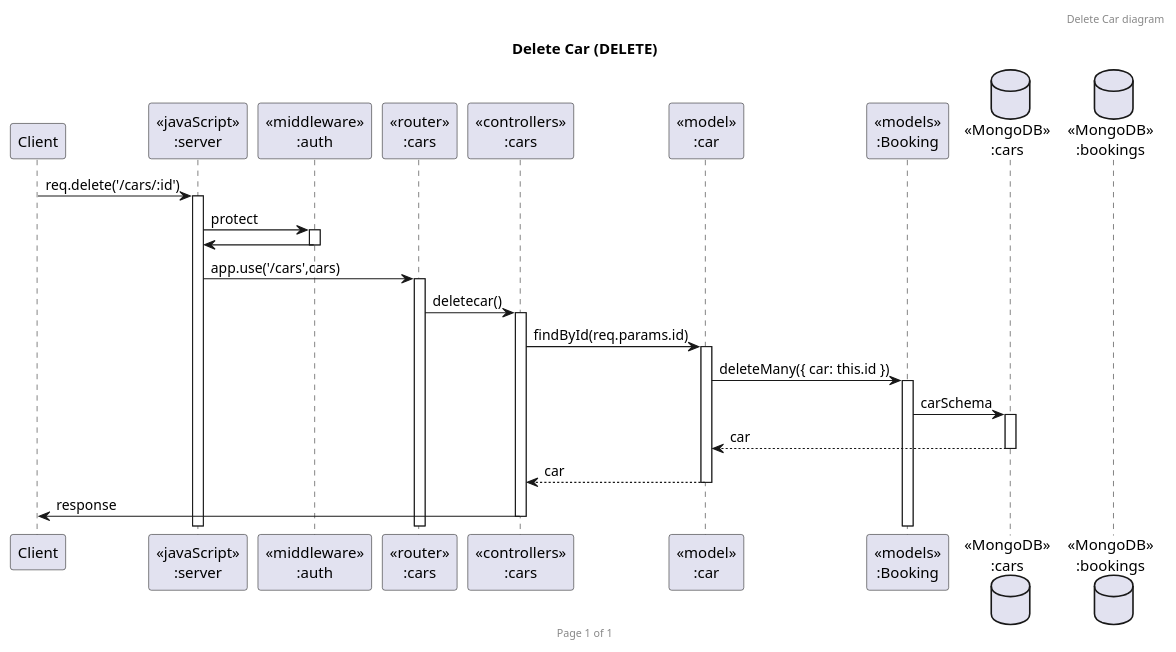
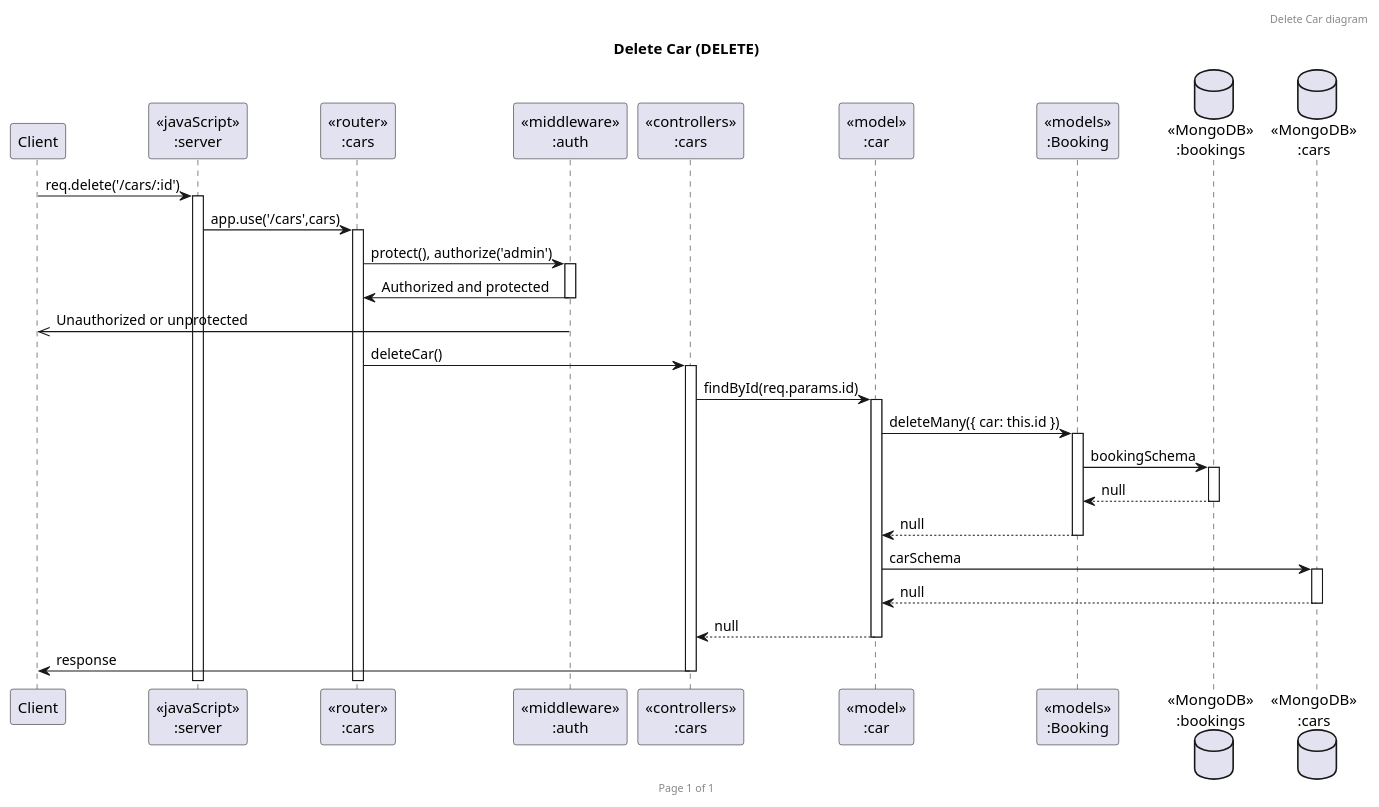
One commit to 2110503TACEDT66/presentation-day-1-samrongsquad changed the diagram in Puml/deleteCar.puml. Above: the diagram before and after it, drawn with PlantUML. The commit also changed 9 other files, not shown here.

```diff
--- a/Puml/deleteCar.puml
+++ b/Puml/deleteCar.puml
@@ -1,29 +1,33 @@
 @startuml Delete Car (DELETE)
 
 header Delete Car diagram
 footer Page %page% of %lastpage%
 title "Delete Car (DELETE)"
 
 participant "Client" as client
 participant "<<javaScript>>\n:server" as server
+participant "<<router>>\n:cars" as routercars
 participant "<<middleware>>\n:auth" as middlewareAuth
-participant "<<router>>\n:cars" as routercars
 participant "<<controllers>>\n:cars" as controllerscars
 participant "<<model>>\n:car" as modelcar
 participant "<<models>>\n:Booking" as bookingModel
+database "<<MongoDB>>\n:bookings" as bookingDatabase
 database "<<MongoDB>>\n:cars" as carsDatabase
-database "<<MongoDB>>\n:bookings" as bookingDatabase
 
 client->server ++:req.delete('/cars/:id')
-server->middlewareAuth ++:protect
-middlewareAuth->server --:
 server->routercars ++:app.use('/cars',cars)
-routercars -> controllerscars ++:deletecar()
-controllerscars->modelcar ++:findById(req.params.id)
+routercars->middlewareAuth ++:protect(), authorize('admin')
+middlewareAuth->routercars --: Authorized and protected
+middlewareAuth ->> client --: Unauthorized or unprotected
+routercars -> controllerscars ++: deleteCar()
+controllerscars -> modelcar ++: findById(req.params.id)
 modelcar -> bookingModel ++: deleteMany({ car: this.id })
-bookingModel ->carsDatabase ++: carSchema
-carsDatabase --> modelcar --: car
-controllerscars <-- modelcar --:car
-controllerscars->client --:response
+bookingModel -> bookingDatabase ++: bookingSchema
+bookingModel <-- bookingDatabase --: null
+modelcar <-- bookingModel --: null
+modelcar -> carsDatabase ++: carSchema
+carsDatabase --> modelcar --: null
+modelcar --> controllerscars --: null
+client <- controllerscars --: response
 
 @enduml
```
